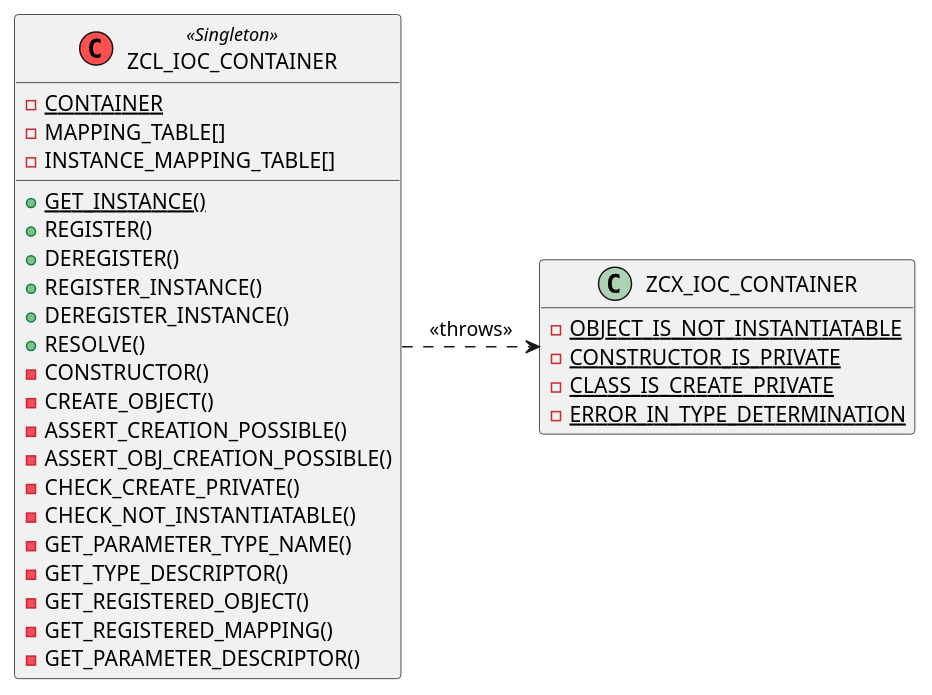
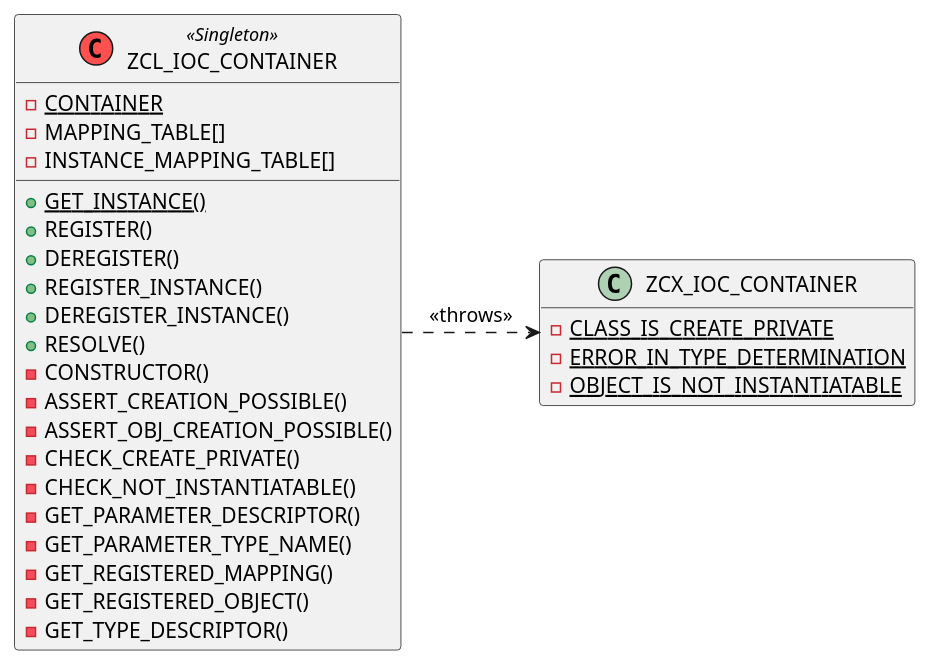
The second of 3 diagrams in article/img/uml.pu (bothzoli/ABAP-IoC-Container), drawn with PlantUML before and after one commit. The commit also changed 6 other files, not shown here.

```diff
--- a/article/img/uml.pu
+++ b/article/img/uml.pu
@@ -21,37 +21,35 @@
 @startuml zcl_ioc_container_detailed
 
 hide empty members
 
 class ZCL_IOC_CONTAINER << (C,#FF5050) Singleton >> {
 	{static} - CONTAINER
 	- MAPPING_TABLE[]
 	- INSTANCE_MAPPING_TABLE[]
 	{static} + GET_INSTANCE()
 	+ REGISTER()
 	+ DEREGISTER()
 	+ REGISTER_INSTANCE()
 	+ DEREGISTER_INSTANCE()
 	+ RESOLVE()
 	- CONSTRUCTOR()
-	- CREATE_OBJECT()
 	- ASSERT_CREATION_POSSIBLE()
 	- ASSERT_OBJ_CREATION_POSSIBLE()
 	- CHECK_CREATE_PRIVATE()
 	- CHECK_NOT_INSTANTIATABLE()
+	- GET_PARAMETER_DESCRIPTOR()
 	- GET_PARAMETER_TYPE_NAME()
+	- GET_REGISTERED_MAPPING()
+	- GET_REGISTERED_OBJECT()
 	- GET_TYPE_DESCRIPTOR()
-	- GET_REGISTERED_OBJECT()
-	- GET_REGISTERED_MAPPING()
-	- GET_PARAMETER_DESCRIPTOR()
 }
 
 class ZCX_IOC_CONTAINER {
-	{static} - OBJECT_IS_NOT_INSTANTIATABLE
-	{static} - CONSTRUCTOR_IS_PRIVATE
 	{static} - CLASS_IS_CREATE_PRIVATE
 	{static} - ERROR_IN_TYPE_DETERMINATION
+	{static} - OBJECT_IS_NOT_INSTANTIATABLE
 }
 
 ZCL_IOC_CONTAINER .right.> ZCX_IOC_CONTAINER: <<throws>>
 
 @enduml
```
